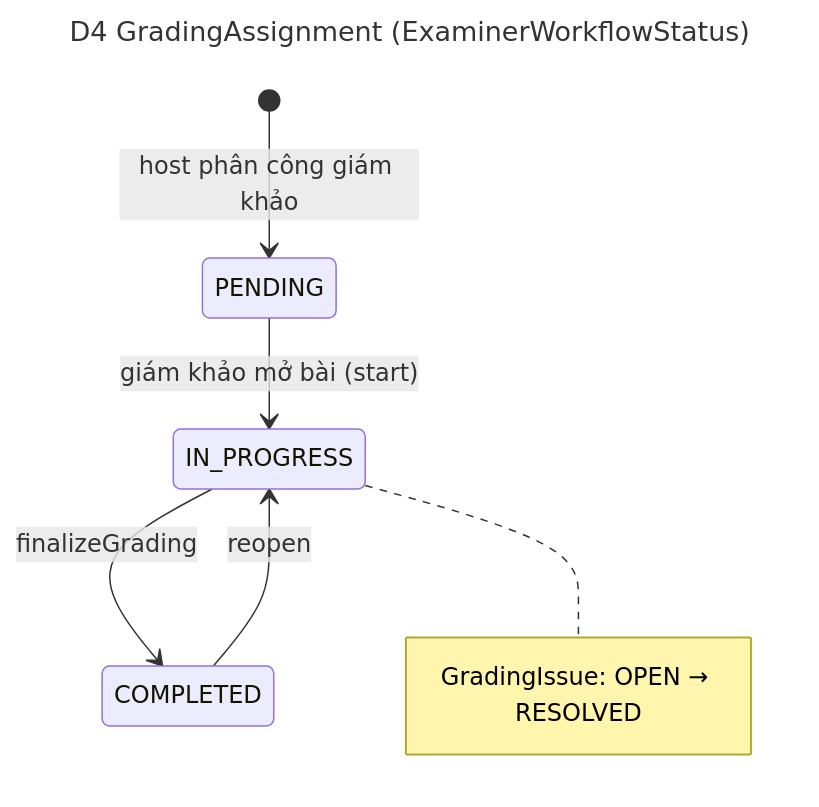
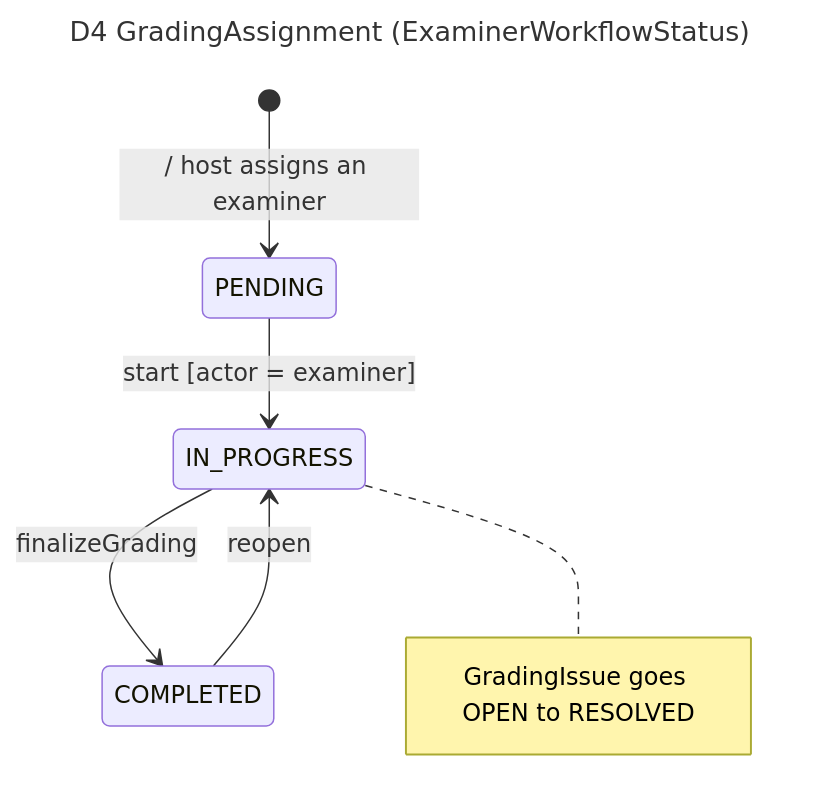
The diagram in projects/architecture/erd/d4-state-grading-assignment.mmd (pte-org/pte-doc), drawn with Mermaid before and after one commit. The commit also changed 59 other files, not shown here.

```diff
--- a/projects/architecture/erd/d4-state-grading-assignment.mmd
+++ b/projects/architecture/erd/d4-state-grading-assignment.mmd
@@ -1,12 +1,13 @@
 ---
 title: D4 GradingAssignment (ExaminerWorkflowStatus)
 ---
-%% Nguồn: scoring/domain/GradingAssignment.java
+%% UML 2.5 state machine. Transition label syntax: trigger [guard] / effect.
+%% Source: scoring/domain/GradingAssignment.java
 stateDiagram-v2
-  [*] --> PENDING : host phân công giám khảo
-  PENDING --> IN_PROGRESS : giám khảo mở bài (start)
+  [*] --> PENDING : / host assigns an examiner
+  PENDING --> IN_PROGRESS : start [actor = examiner]
   IN_PROGRESS --> COMPLETED : finalizeGrading
   COMPLETED --> IN_PROGRESS : reopen
   note right of IN_PROGRESS
-    GradingIssue: OPEN → RESOLVED
+    GradingIssue goes OPEN to RESOLVED
   end note
```
